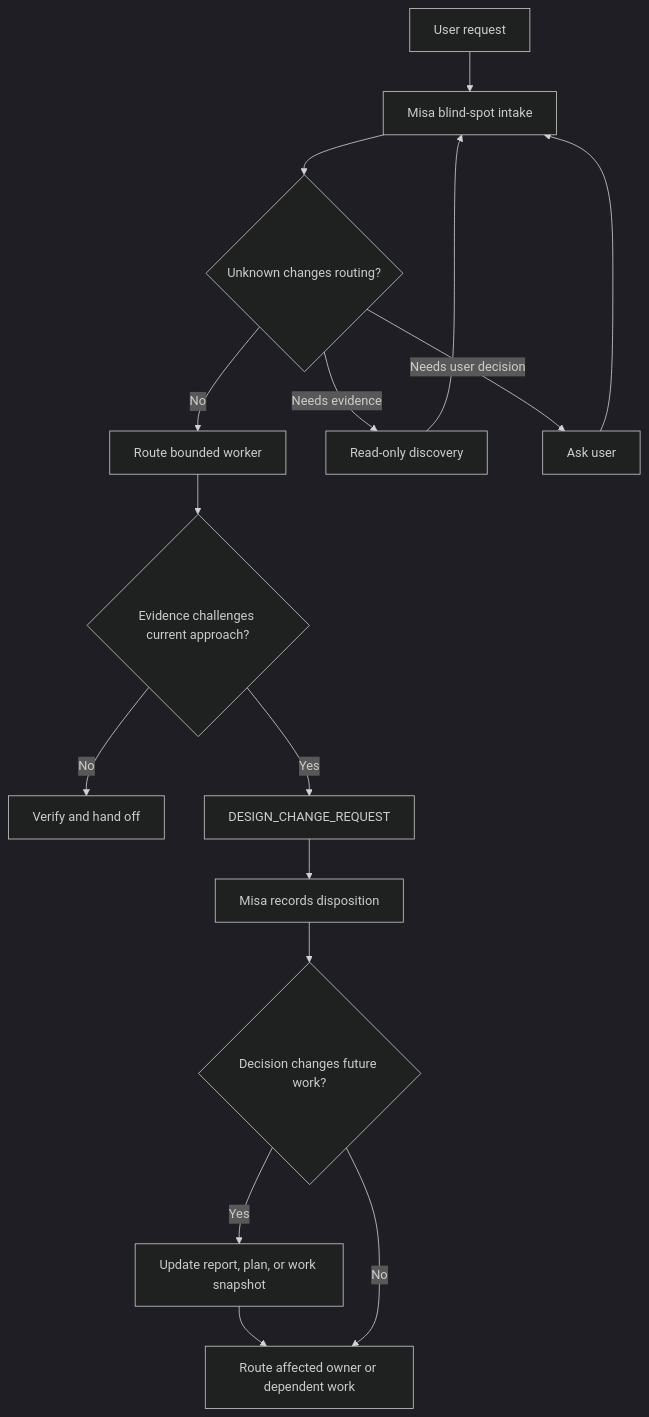
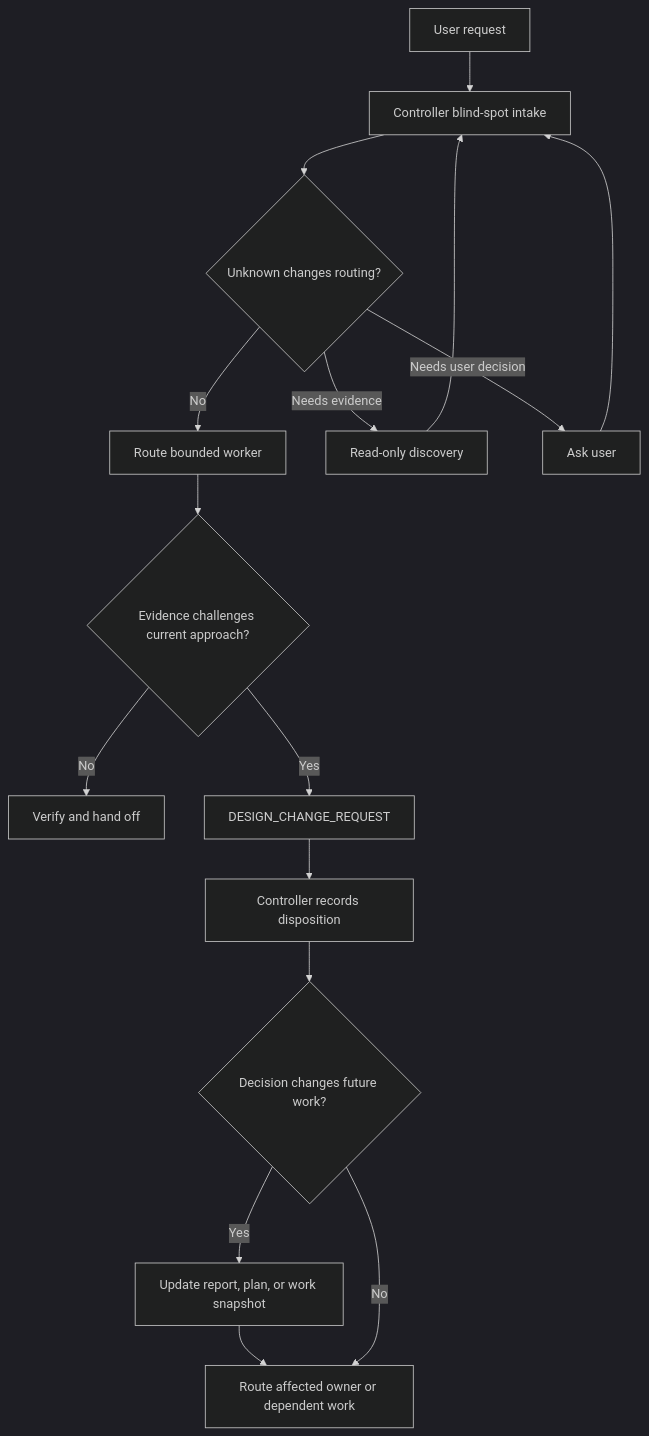
Before and after one commit to ngocsangyem/misa-herdr: the diagram in README.md, drawn with Mermaid (dark theme). The commit also changed other lines of this file and 6 other files, not shown here.

````diff
--- a/README.md
+++ b/README.md
@@ -50,18 +52,18 @@
 ```mermaid
 flowchart TD
-    A[User request] --> B[Misa blind-spot intake]
+    A[User request] --> B[Controller blind-spot intake]
     B --> C{Unknown changes routing?}
     C -->|No| D[Route bounded worker]
     C -->|Needs evidence| E[Read-only discovery]
     E --> B
     C -->|Needs user decision| F[Ask user]
     F --> B
     D --> G{Evidence challenges current approach?}
     G -->|No| H[Verify and hand off]
     G -->|Yes| I[DESIGN_CHANGE_REQUEST]
-    I --> J[Misa records disposition]
+    I --> J[Controller records disposition]
     J --> K{Decision changes future work?}
     K -->|Yes| L[Update report, plan, or work snapshot]
     L --> M[Route affected owner or dependent work]
     K -->|No| M
 ```
````
